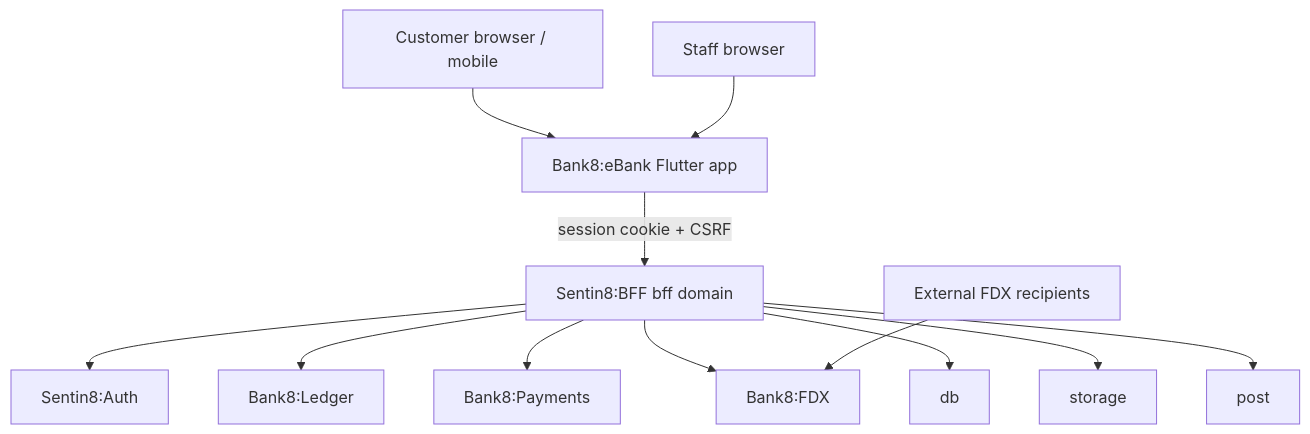
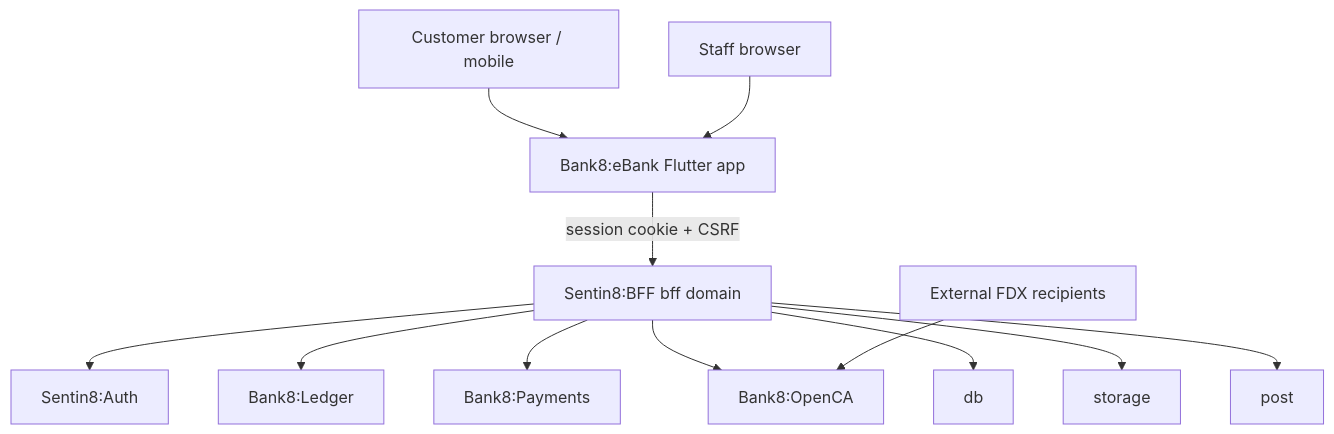
The first of 6 diagrams in docs/apps/ebank/design.md (Bank8-dev/bank8-site), drawn with Mermaid before and after one commit. The commit also changed other lines of this file and 300 other files, not shown here.

First line of the commit message:
OBARCH: bank8-fdx -> bank8-open-ca across the site

````diff
--- a/docs/apps/ebank/design.md
+++ b/docs/apps/ebank/design.md
@@ -31,14 +31,14 @@
 ```mermaid
 graph TD
     B[Customer browser / mobile] --> EB[Bank8:eBank Flutter app]
     ST[Staff browser] --> EB
     EB -->|session cookie + CSRF| BFF[Sentin8:BFF bff domain]
     BFF --> AUTH1[Sentin8:Auth]
     BFF --> LED[Bank8:Ledger]
     BFF --> PAY[Bank8:Payments]
-    BFF --> FDX[Bank8:FDX]
+    BFF --> FDX[Bank8:OpenCA]
     BFF --> DB[db]
     BFF --> STG[storage]
     BFF --> POST[post]
     REC[External FDX recipients] --> FDX
 ```
````
